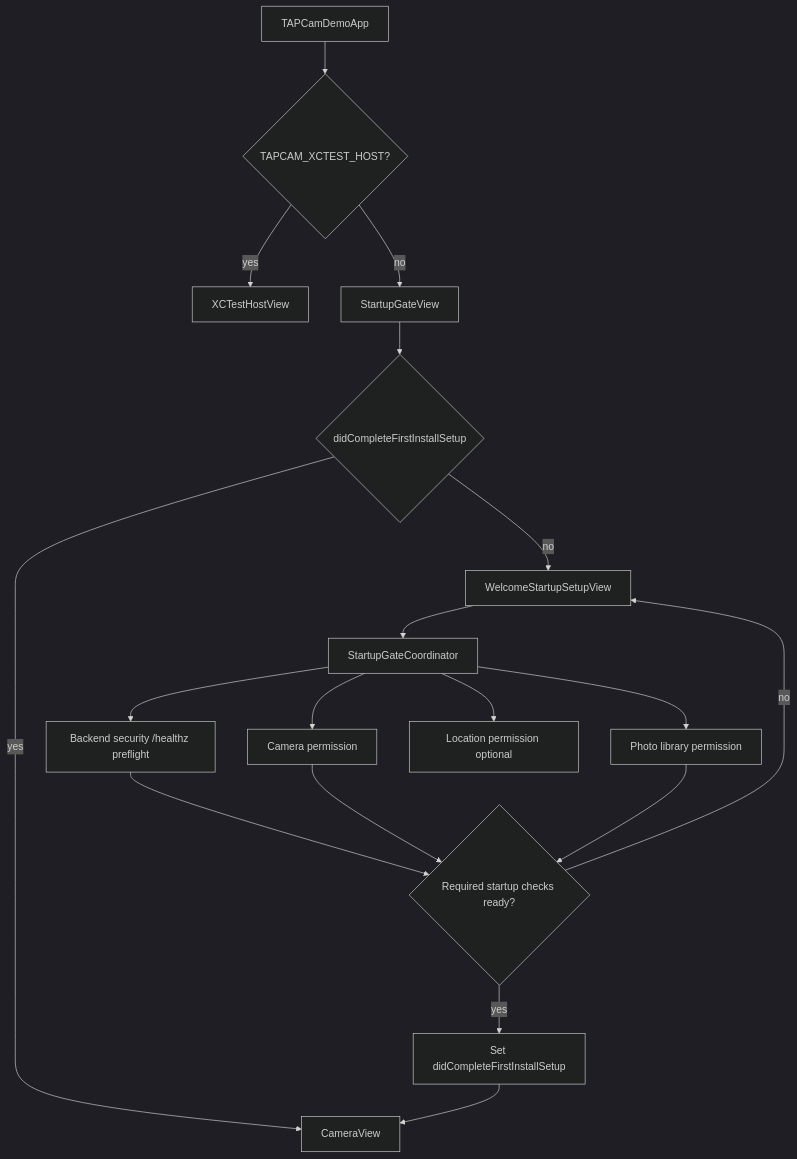
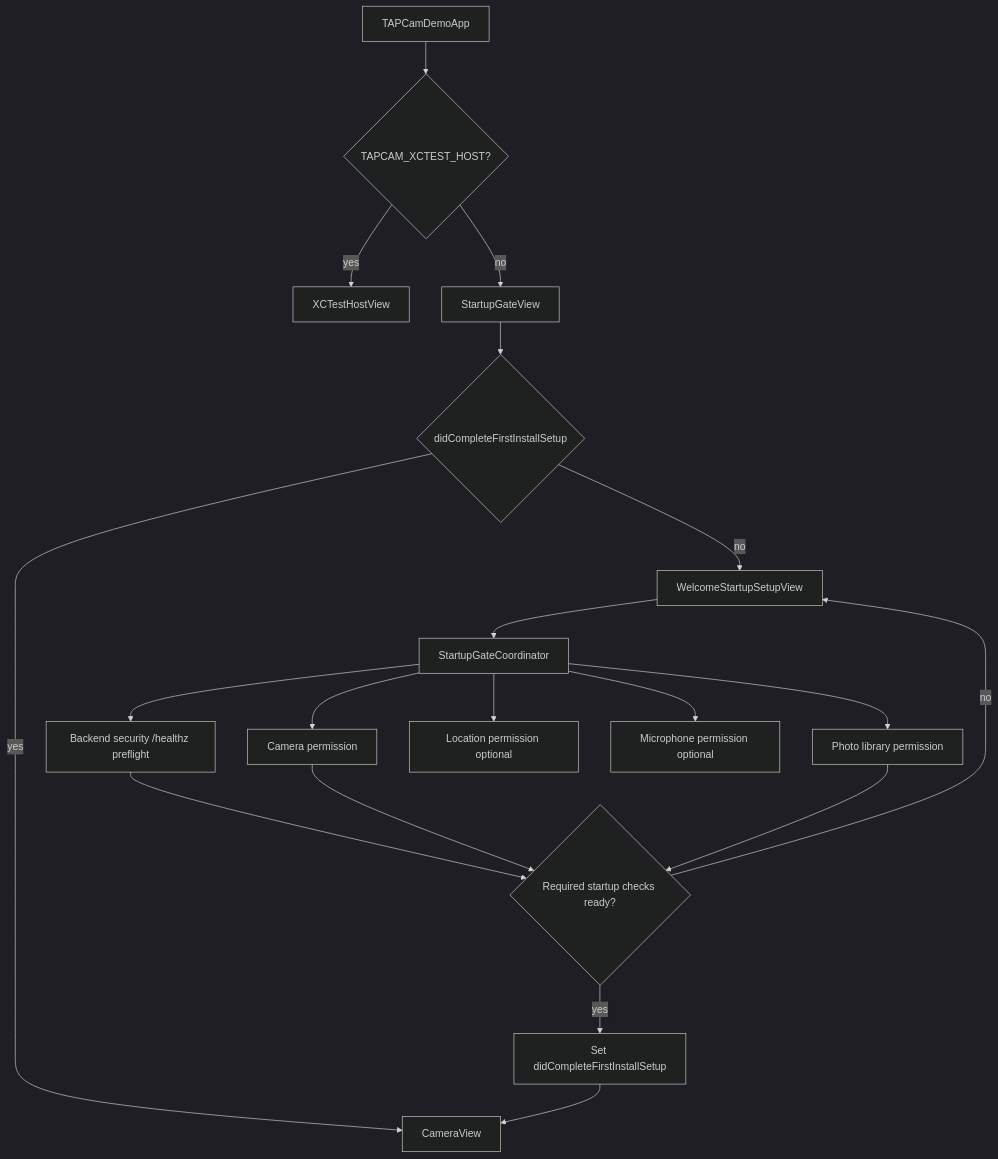
Before and after one commit to TAP-NAP/TAPCamDemo: the first of 2 diagrams in TAPCamDemo/App/README.md, drawn with Mermaid (dark theme). The commit also changed other lines of this file and 24 other files, not shown here.

Commit message:
Add microphone to startup permissions flow

````diff
--- a/TAPCamDemo/App/README.md
+++ b/TAPCamDemo/App/README.md
@@ -27,25 +27,26 @@
 ```mermaid
 flowchart TD
     App["TAPCamDemoApp"] --> Test{"TAPCAM_XCTEST_HOST?"}
     Test -- "yes" --> Host["XCTestHostView"]
     Test -- "no" --> Gate["StartupGateView"]
     Gate --> Done{"didCompleteFirstInstallSetup"}
     Done -- "yes" --> Camera["CameraView"]
     Done -- "no" --> Welcome["WelcomeStartupSetupView"]
     Welcome --> Coord["StartupGateCoordinator"]
     Coord --> Network["Backend security /healthz preflight"]
     Coord --> CameraPerm["Camera permission"]
     Coord --> PhotosPerm["Photo library permission"]
     Coord --> LocationPerm["Location permission optional"]
+    Coord --> MicrophonePerm["Microphone permission optional"]
     Network --> Required{"Required startup checks ready?"}
     CameraPerm --> Required
     PhotosPerm --> Required
     Required -- "no" --> Welcome
     Required -- "yes" --> Store["Set didCompleteFirstInstallSetup"]
     Store --> Camera
 
     click App "TAPCamDemoApp.swift"
     click Gate "StartupGateView.swift"
     click Welcome "WelcomeStartupSetupView.swift"
     click Coord "StartupGateCoordinator.swift"
 ```
````
